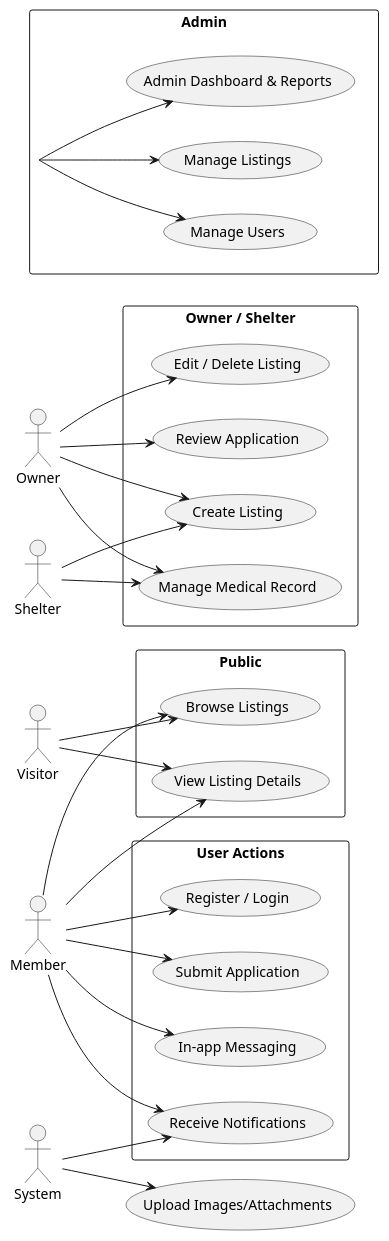
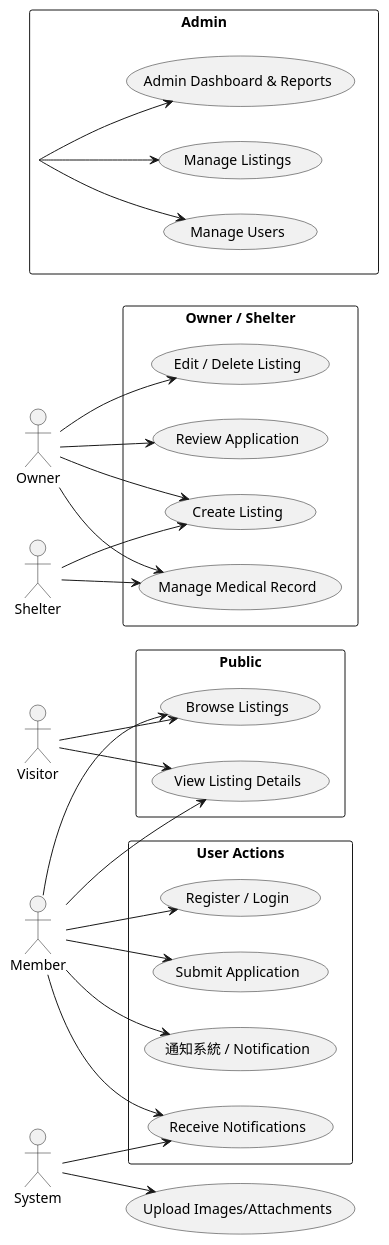
The second of 2 diagrams in specs/002-title-description-project/use-cases.md (yeepop/SoftwareEngineeringProject), drawn with PlantUML before and after one commit. The commit also changed other lines of this file and 7 other files, not shown here.

````diff
--- a/specs/002-title-description-project/use-cases.md
+++ b/specs/002-title-description-project/use-cases.md
@@ -82,64 +82,64 @@
 ```plantuml
 @startuml
 left to right direction
 skinparam packageStyle rectangle
 
 actor Visitor
 actor Member
 actor Owner
 actor Shelter
 actor Admin
 actor System as Sys
 
 package "Public" {
   (Browse Listings)
   (View Listing Details)
 }
 
 package "User Actions" {
   (Register / Login)
   (Submit Application)
-  (In-app Messaging)
+  (通知系統 / Notification)
   (Receive Notifications)
 }
 
 package "Owner / Shelter" {
   (Create Listing)
   (Edit / Delete Listing)
   (Review Application)
   (Manage Medical Record)
 }
 
 package "Admin" {
   (Manage Listings)
   (Manage Users)
   (Admin Dashboard & Reports)
 }
 
 Visitor --> (Browse Listings)
 Visitor --> (View Listing Details)
 
 Member --> (Register / Login)
 Member --> (Browse Listings)
 Member --> (View Listing Details)
 Member --> (Submit Application)
-Member --> (In-app Messaging)
+Member --> (通知系統 / Notification)
 Member --> (Receive Notifications)
 
 Owner --> (Create Listing)
 Owner --> (Edit / Delete Listing)
 Owner --> (Review Application)
 Owner --> (Manage Medical Record)
 
 Shelter --> (Create Listing)
 Shelter --> (Manage Medical Record)
 
 Admin --> (Manage Listings)
 Admin --> (Manage Users)
 Admin --> (Admin Dashboard & Reports)
 
 Sys --> (Receive Notifications)
 Sys --> (Upload Images/Attachments)
 
 @enduml
 ```
````
